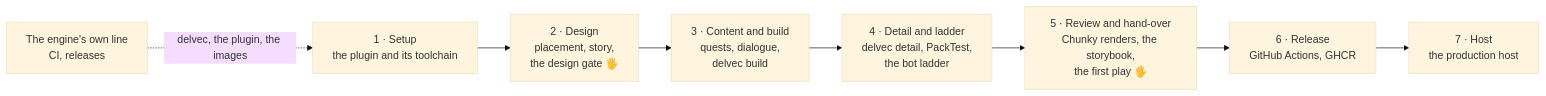
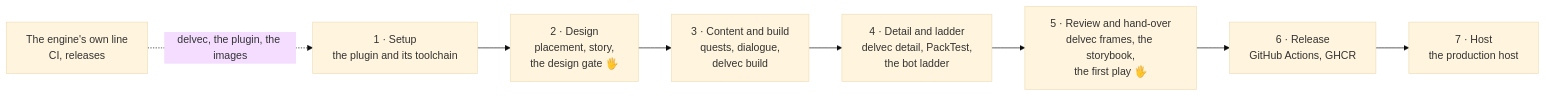
Before and after one commit to stellarfeline/delvewright: the first of 9 diagrams in docs/how-it-works.md, drawn with Mermaid (base theme). The commit also changed other lines of this file and 42 other files, not shown here.

````diff
--- a/docs/how-it-works.md
+++ b/docs/how-it-works.md
@@ -9,10 +9,10 @@
 ```mermaid
 flowchart LR
     S["1 · Setup<br/>the plugin and its toolchain"] --> D["2 · Design<br/>placement, story,<br/>the design gate 🖐"]
     D --> B["3 · Content and build<br/>quests, dialogue,<br/>delvec build"]
     B --> V["4 · Detail and ladder<br/>delvec detail, PackTest,<br/>the bot ladder"]
-    V --> R["5 · Review and hand-over<br/>Chunky renders, the storybook,<br/>the first play 🖐"]
+    V --> R["5 · Review and hand-over<br/>delvec frames, the storybook,<br/>the first play 🖐"]
     R --> P["6 · Release<br/>GitHub Actions, GHCR"]
     P --> H["7 · Host<br/>the production host"]
     E["The engine's own line<br/>CI, releases"] -.->|"delvec, the plugin, the images"| S
 ```
````
